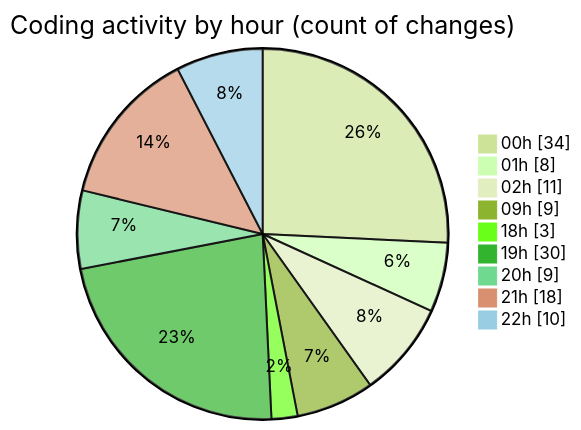
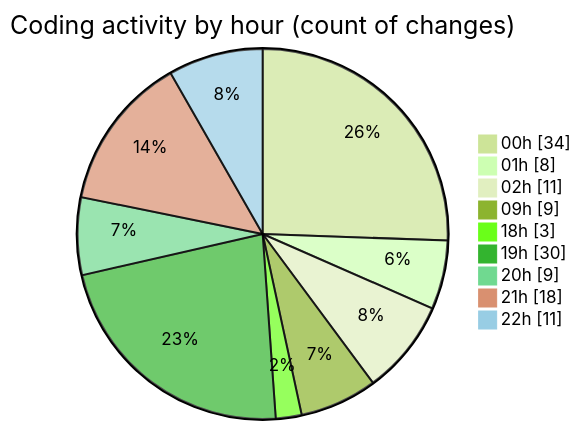
One commit to Elitesun/code-tracking changed the second of 2 diagrams in 2025-05-18/niten/README.md. Above: the diagram before and after it, drawn with Mermaid (forest theme). The commit also changed other lines of this file and 1 other file, not shown here.

````diff
--- a/2025-05-18/niten/README.md
+++ b/2025-05-18/niten/README.md
@@ -71,13 +71,13 @@
 ```mermaid
 pie showData
 title Coding activity by hour (count of changes)
 "00h" : 34
 "01h" : 8
 "02h" : 11
 "09h" : 9
 "18h" : 3
 "19h" : 30
 "20h" : 9
 "21h" : 18
-"22h" : 10
+"22h" : 11
 ```
````
